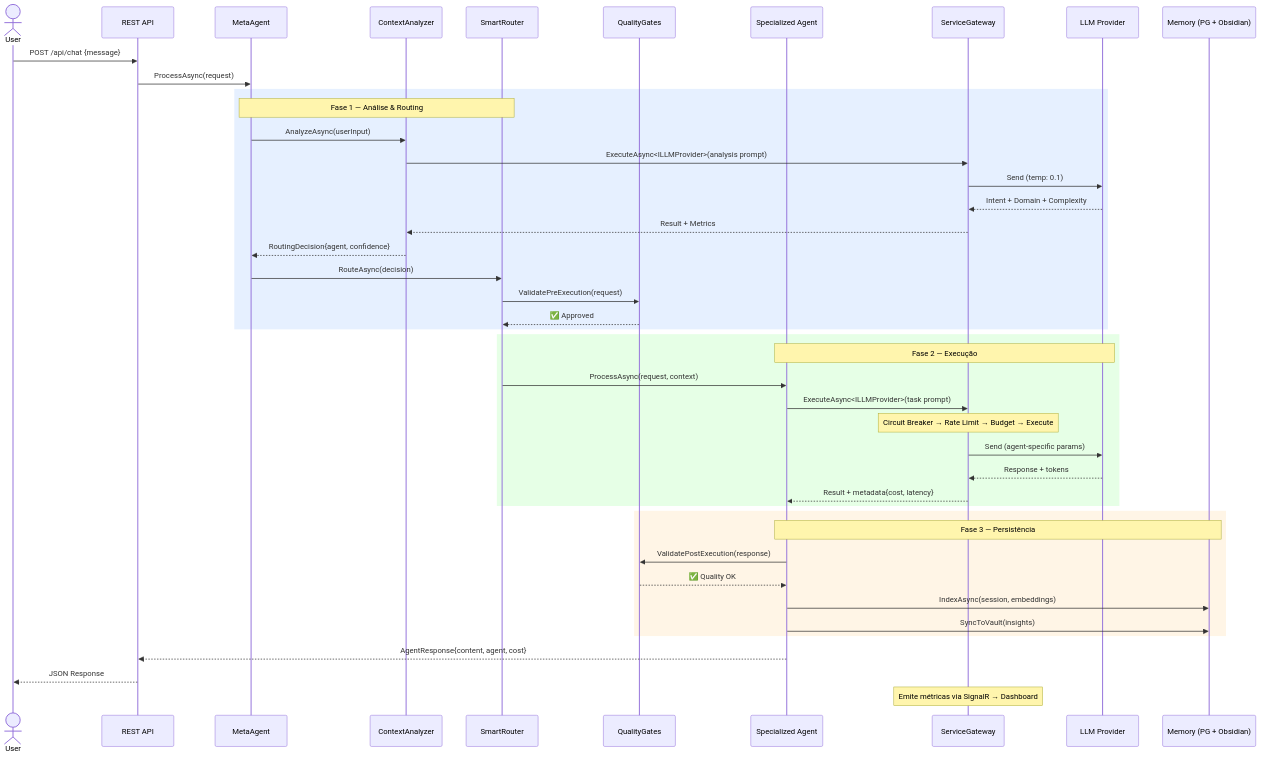
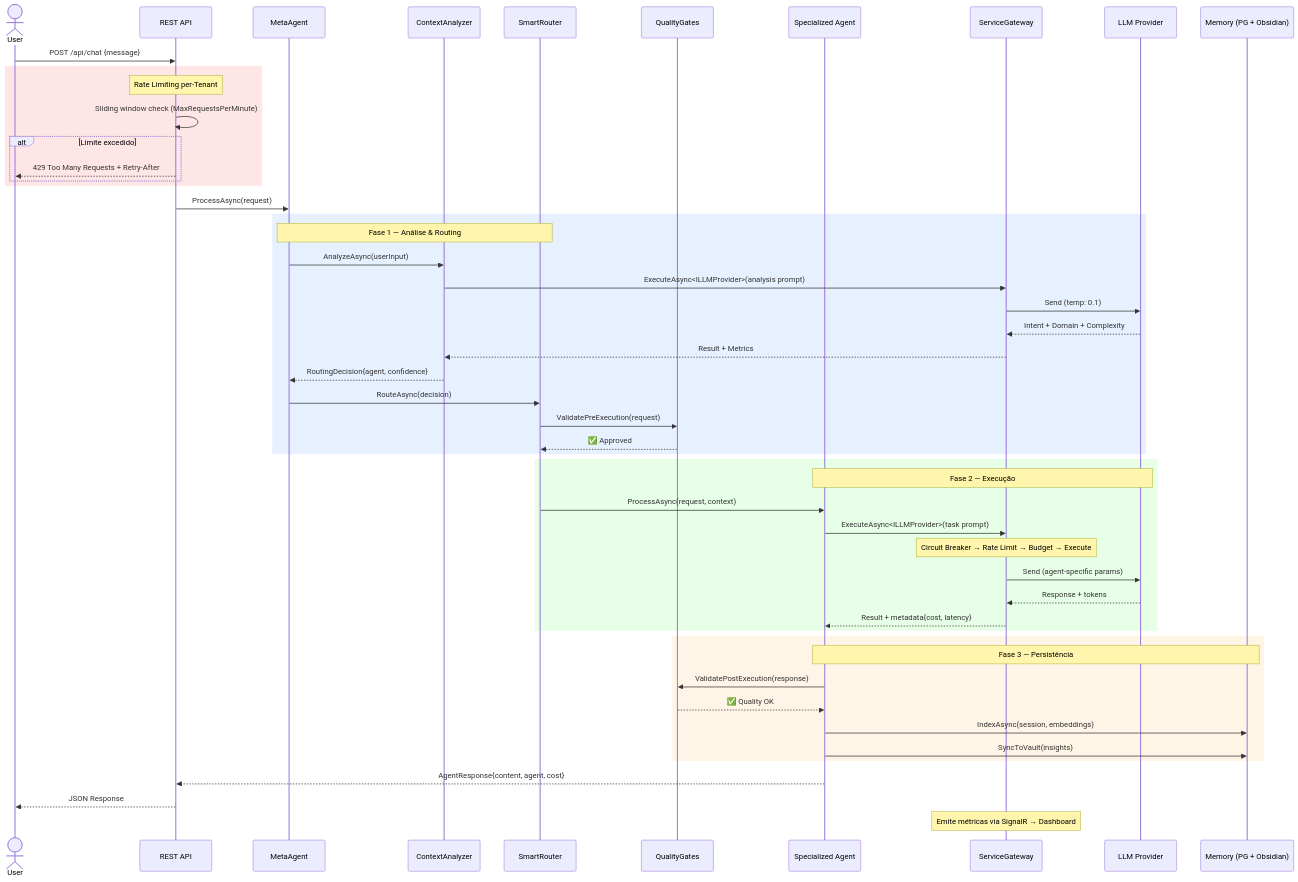
One commit to JonathanBenicio/Agent-System changed the second of 9 diagrams in docs/architecture/diagrams.md. Above: the diagram before and after it, drawn with Mermaid. The commit also changed other lines of this file and 223 other files, not shown here.

````diff
--- a/docs/architecture/diagrams.md
+++ b/docs/architecture/diagrams.md
@@ -118,52 +117,61 @@
 ```mermaid
 sequenceDiagram
     actor User
     participant API as REST API
     participant Meta as MetaAgent
     participant Ctx as ContextAnalyzer
     participant Router as SmartRouter
     participant QG as QualityGates
     participant Agent as Specialized Agent
     participant GW as ServiceGateway
     participant LLM as LLM Provider
     participant Mem as Memory (PG + Obsidian)
 
     User->>API: POST /api/chat {message}
+
+    rect rgb(255, 230, 230)
+        Note over API: Rate Limiting per-Tenant
+        API->>API: Sliding window check (MaxRequestsPerMinute)
+        alt Limite excedido
+            API-->>User: 429 Too Many Requests + Retry-After
+        end
+    end
+
     API->>Meta: ProcessAsync(request)
 
     rect rgb(230, 240, 255)
         Note over Meta,Router: Fase 1 — Análise & Routing
         Meta->>Ctx: AnalyzeAsync(userInput)
         Ctx->>GW: ExecuteAsync<ILLMProvider>(analysis prompt)
         GW->>LLM: Send (temp: 0.1)
         LLM-->>GW: Intent + Domain + Complexity
         GW-->>Ctx: Result + Metrics
         Ctx-->>Meta: RoutingDecision{agent, confidence}
         Meta->>Router: RouteAsync(decision)
         Router->>QG: ValidatePreExecution(request)
         QG-->>Router: ✅ Approved
     end
 
     rect rgb(230, 255, 230)
         Note over Agent,LLM: Fase 2 — Execução
         Router->>Agent: ProcessAsync(request, context)
         Agent->>GW: ExecuteAsync<ILLMProvider>(task prompt)
         Note over GW: Circuit Breaker → Rate Limit → Budget → Execute
         GW->>LLM: Send (agent-specific params)
         LLM-->>GW: Response + tokens
         GW-->>Agent: Result + metadata{cost, latency}
     end
 
     rect rgb(255, 245, 230)
         Note over Agent,Mem: Fase 3 — Persistência
         Agent->>QG: ValidatePostExecution(response)
         QG-->>Agent: ✅ Quality OK
         Agent->>Mem: IndexAsync(session, embeddings)
         Agent->>Mem: SyncToVault(insights)
     end
 
     Agent-->>API: AgentResponse{content, agent, cost}
     API-->>User: JSON Response
 
     Note over GW: Emite métricas via SignalR → Dashboard
 ```
````
